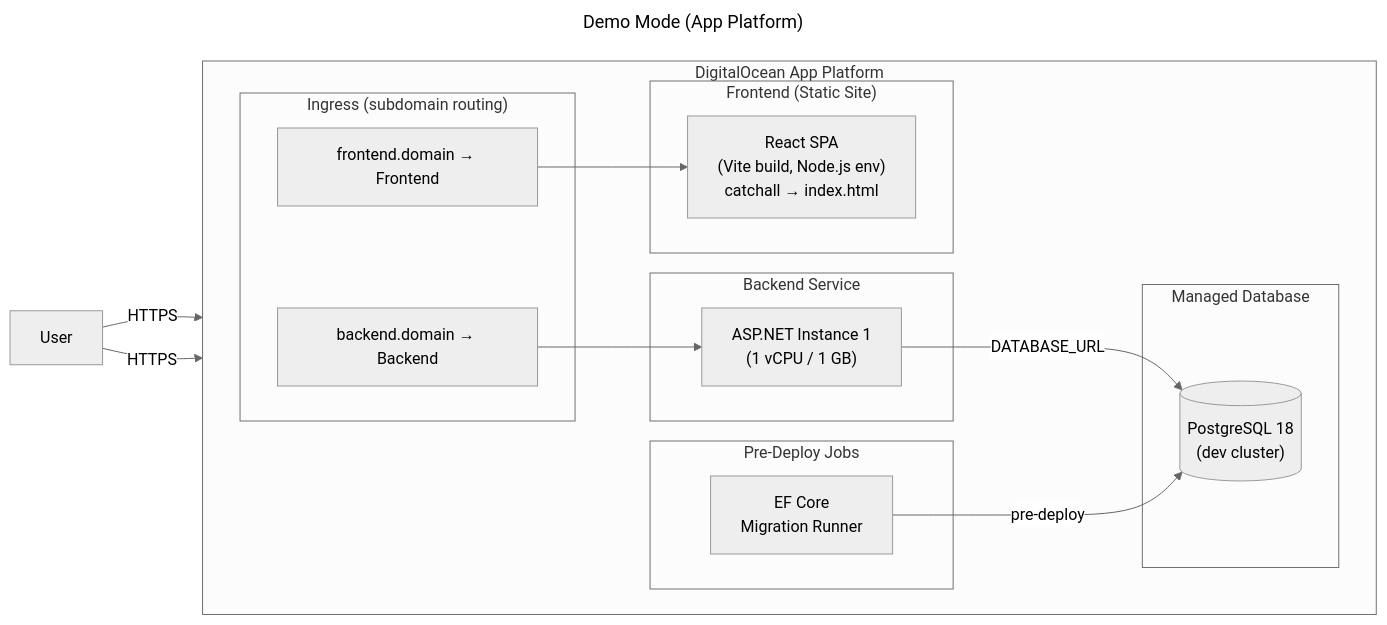
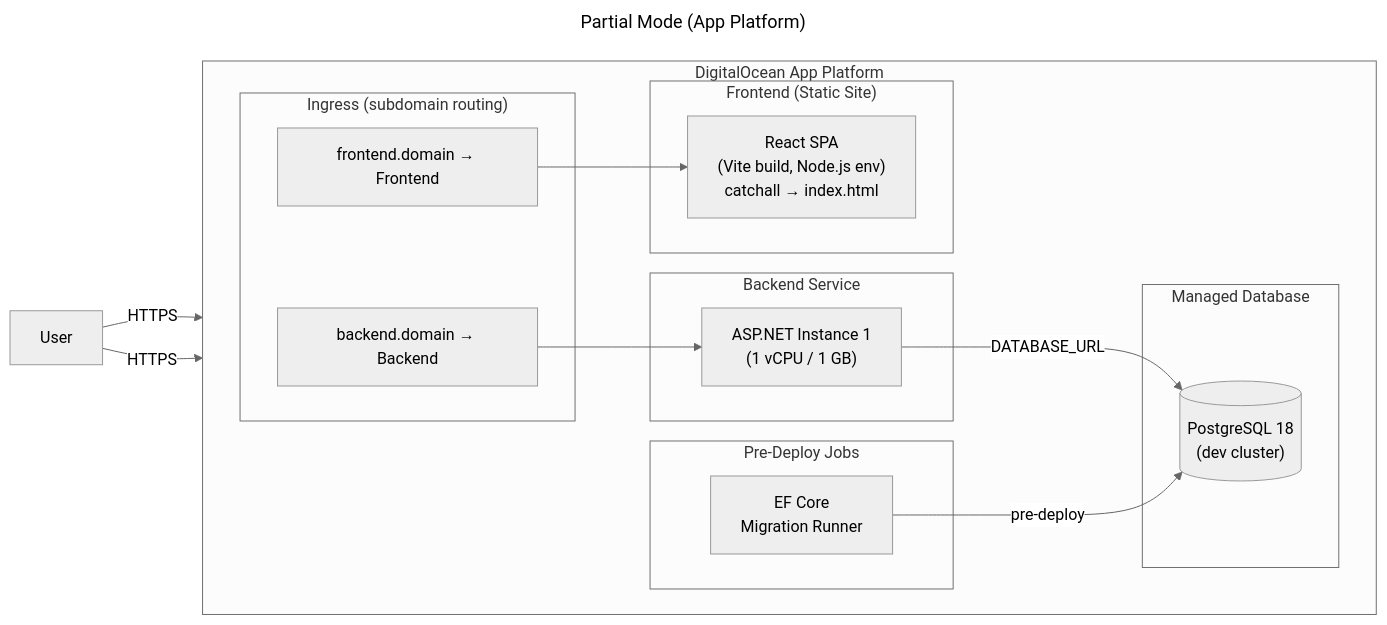
One commit to clofour/nordar changed the first of 2 diagrams in README.md. Above: the diagram before and after it, drawn with Mermaid (neutral theme). The commit also changed other lines of this file and 8 other files, not shown here.

Commit message:
Rebrand demo mode into partial mode and present Docker Compose as demo mode

````diff
--- a/README.md
+++ b/README.md
@@ -72,39 +80,39 @@
 ```mermaid
 ---
-title: "Demo Mode (App Platform)"
+title: "Partial Mode (App Platform)"
 ---
 graph LR
     User["User"]
 
     subgraph DO["DigitalOcean App Platform"]
         direction LR
 
         subgraph Ingress["Ingress (subdomain routing)"]
             FrontendRule["frontend.domain → Frontend"]
             BackendRule["backend.domain → Backend"]
         end
 
         subgraph Frontend["Frontend (Static Site)"]
             StaticSite["React SPA\n(Vite build, Node.js env)\ncatchall → index.html"]
         end
 
         subgraph BackendTier["Backend Service"]
             Backend1["ASP.NET Instance 1\n(1 vCPU / 1 GB)"]
         end
 
         subgraph Jobs["Pre-Deploy Jobs"]
             Migration["EF Core\nMigration Runner"]
         end
 
         subgraph Data["Managed Database"]
             PG[("PostgreSQL 18\n(dev cluster)")]
         end
     end
 
     User -- "HTTPS" --> FrontendRule
     User -- "HTTPS" --> BackendRule
     FrontendRule --> StaticSite
     BackendRule --> Backend1
     Backend1 -- "DATABASE_URL" --> PG
     Migration -- "pre-deploy" --> PG
 ```
````
